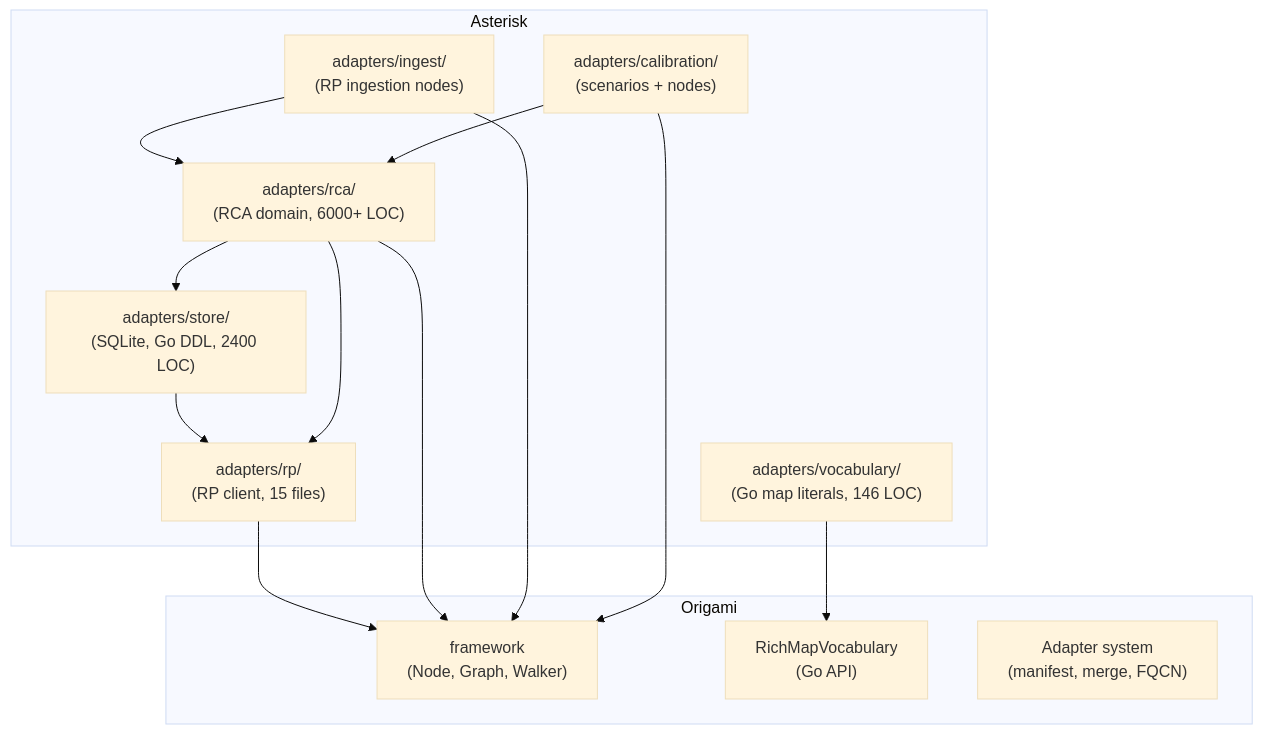
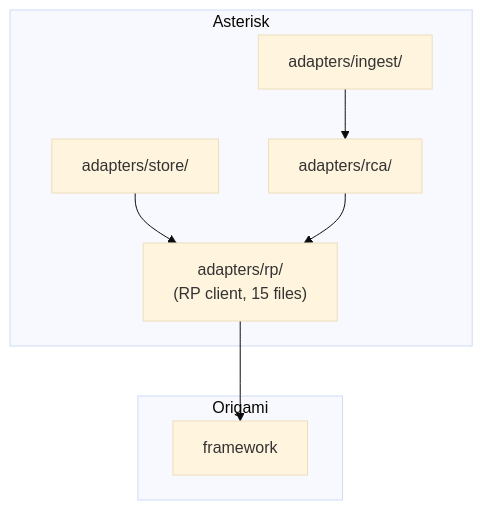
One commit to dpopsuev/asterisk changed the first of 2 diagrams in .cursor/contracts/draft/adapter-migration.md. Above: the diagram before and after it, drawn with Mermaid (base theme). The commit also changed other lines of this file and 5 other files, not shown here.

````diff
--- a/.cursor/contracts/draft/adapter-migration.md
+++ b/.cursor/contracts/draft/adapter-migration.md
@@ -31,26 +18,16 @@
 ```mermaid
 flowchart TB
   subgraph asterisk [Asterisk]
     rp["adapters/rp/\n(RP client, 15 files)"]
-    store["adapters/store/\n(SQLite, Go DDL, 2400 LOC)"]
-    vocab["adapters/vocabulary/\n(Go map literals, 146 LOC)"]
-    rca["adapters/rca/\n(RCA domain, 6000+ LOC)"]
-    ingest["adapters/ingest/\n(RP ingestion nodes)"]
-    cal["adapters/calibration/\n(scenarios + nodes)"]
+    store["adapters/store/"]
+    rca["adapters/rca/"]
+    ingest["adapters/ingest/"]
   end
   subgraph origami [Origami]
-    fw["framework\n(Node, Graph, Walker)"]
-    richVocab["RichMapVocabulary\n(Go API)"]
-    adapterSys["Adapter system\n(manifest, merge, FQCN)"]
+    fw["framework"]
   end
   rp --> fw
   store --> rp
   rca --> rp
-  rca --> store
-  rca --> fw
   ingest --> rca
-  ingest --> fw
-  vocab --> richVocab
-  cal --> rca
-  cal --> fw
 ```
````
